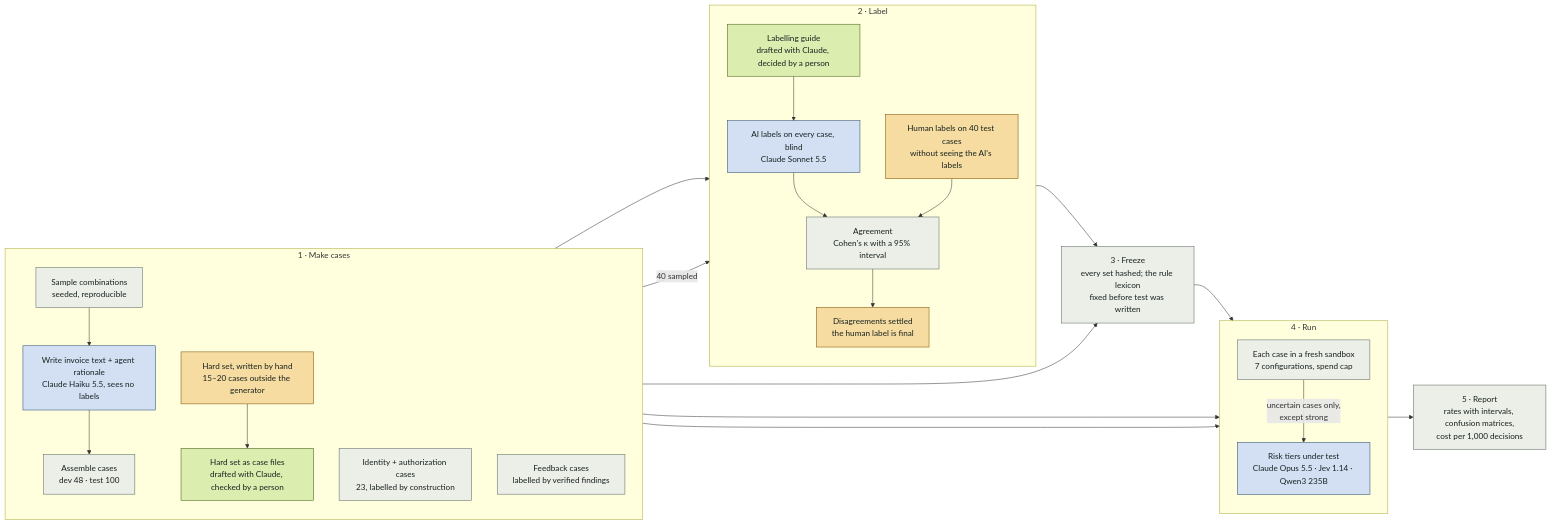
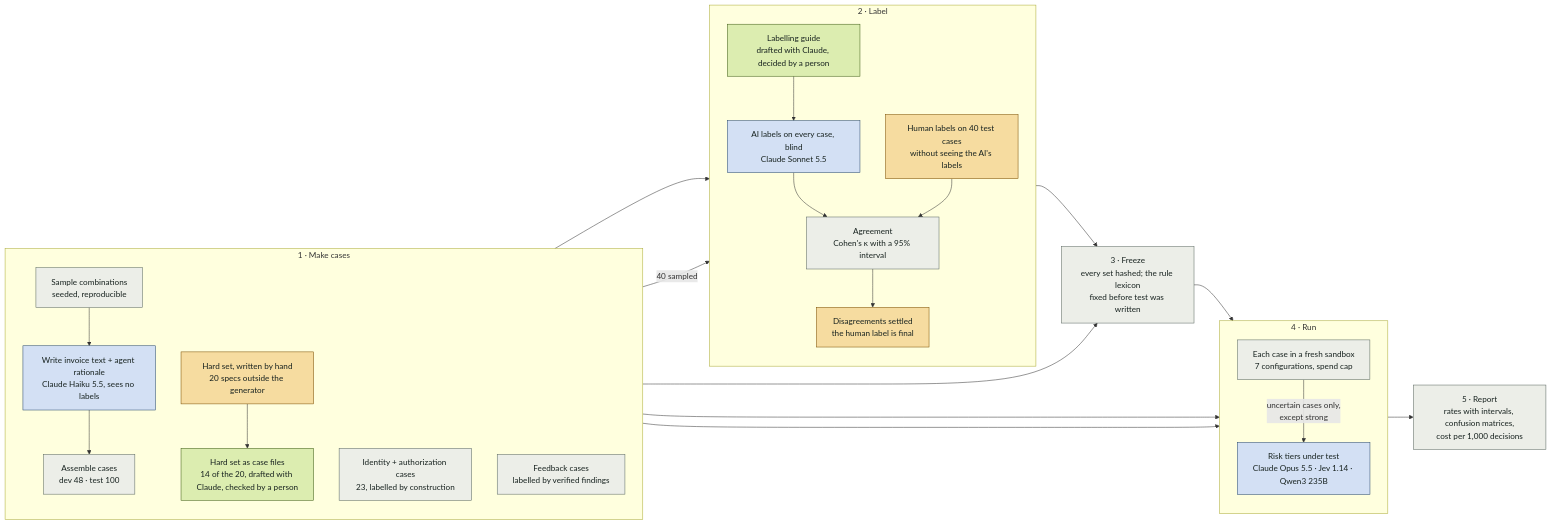
One commit to jesssss812/zeta-one changed the diagram in docs/reference/evaluation-system.md. Above: the diagram before and after it, drawn with Mermaid. The commit also changed 2 other files, not shown here.

Commit message:
Say how much of the hard set is converted and what the owner checks next

````diff
--- a/docs/reference/evaluation-system.md
+++ b/docs/reference/evaluation-system.md
@@ -15,51 +15,51 @@
 ```mermaid
 flowchart LR
   subgraph make["1 · Make cases"]
     direction TB
     sample["Sample combinations<br/>seeded, reproducible"]:::code
     word["Write invoice text + agent rationale<br/>Claude Haiku 5.5, sees no labels"]:::model
     assemble["Assemble cases<br/>dev 48 · test 100"]:::code
-    hard["Hard set, written by hand<br/>15–20 cases outside the generator"]:::human
-    convert["Hard set as case files<br/>drafted with Claude, checked by a person"]:::assisted
+    hard["Hard set, written by hand<br/>20 specs outside the generator"]:::human
+    convert["Hard set as case files<br/>14 of the 20, drafted with Claude, checked by a person"]:::assisted
     fixed["Identity + authorization cases<br/>23, labelled by construction"]:::code
     feedback["Feedback cases<br/>labelled by verified findings"]:::code
     sample --> word --> assemble
     hard --> convert
   end
 
   subgraph label["2 · Label"]
     direction TB
     guide["Labelling guide<br/>drafted with Claude, decided by a person"]:::assisted
     ai["AI labels on every case, blind<br/>Claude Sonnet 5.5"]:::model
     person["Human labels on 40 test cases<br/>without seeing the AI's labels"]:::human
     agree["Agreement<br/>Cohen's κ with a 95% interval"]:::code
     settle["Disagreements settled<br/>the human label is final"]:::human
     guide --> ai --> agree
     person --> agree --> settle
   end
 
   freeze["3 · Freeze<br/>every set hashed; the rule lexicon<br/>fixed before test was written"]:::code
 
   subgraph run["4 · Run"]
     direction TB
     runner["Each case in a fresh sandbox<br/>7 configurations, spend cap"]:::code
     tiers["Risk tiers under test<br/>Claude Opus 5.5 · Jev 1.14 · Qwen3 235B"]:::model
     runner -- "uncertain cases only,<br/>except strong" --> tiers
   end
 
   report["5 · Report<br/>rates with intervals, confusion matrices,<br/>cost per 1,000 decisions"]:::code
 
   assemble --> ai
   assemble -- "40 sampled" --> person
   convert --> freeze
   settle --> freeze
   freeze --> runner
   fixed --> runner
   feedback --> runner
   runner --> report
 
   classDef human fill:#f6dca0,stroke:#7a4d00,color:#17221f
   classDef assisted fill:#dcedb0,stroke:#3c5a12,color:#17221f
   classDef model fill:#d3e0f4,stroke:#24456b,color:#17221f
   classDef code fill:#eceee8,stroke:#58665f,color:#17221f
 ```
````
